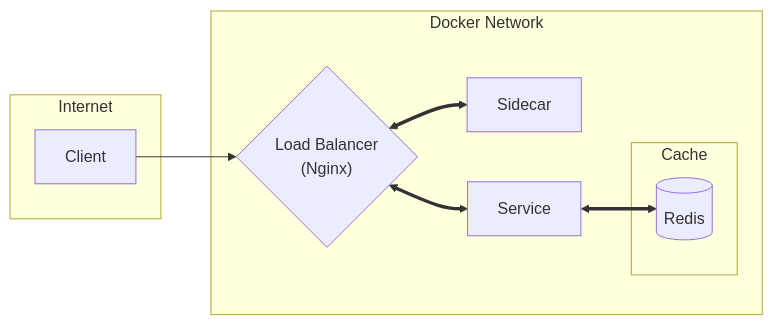
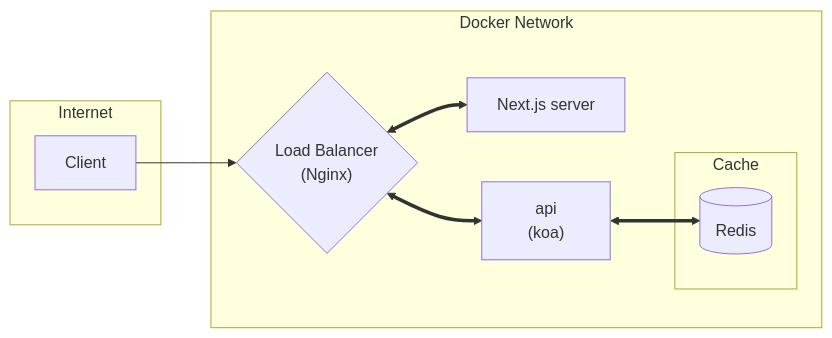
One commit to Retr0327/gloss-adder-backend changed the diagram in README.md. Above: the diagram before and after it, drawn with Mermaid.

````diff
--- a/README.md
+++ b/README.md
@@ -5,22 +5,22 @@
 ```mermaid 
 flowchart LR
 subgraph Internet
     D[Client]
 end
 
 subgraph DOCKER [Docker Network]
 
   D --> N{"Load Balancer <br/> (Nginx)"}
 
-  N <==> B[Sidecar]
-  N <==> C[Service]
+  N <==> B[Next.js server]
+  N <==> C["<div style='padding: 0rem 1rem;'>api <br/> (koa) </div>  "]
 
   C <==> R
 
   subgraph Cache
     style Cache margin-top: 100
-        R[(Redis)]
+        R[("<div style='padding: 0rem 0.5rem;'>Redis </div>  ")]
   end
 end
 
 ```
````
